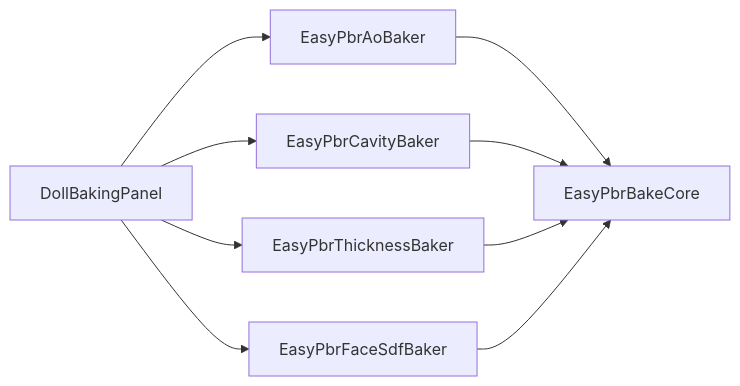
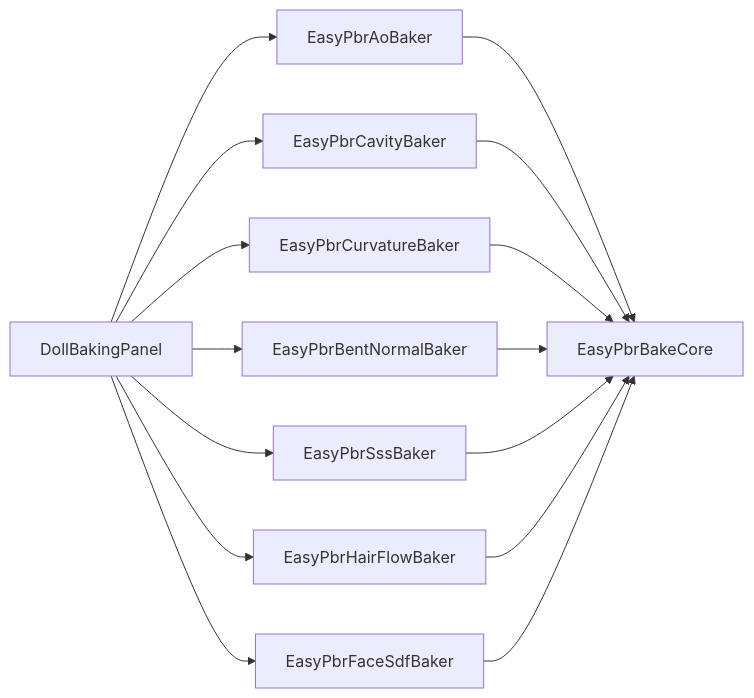
One commit to orig-uma/EasyPBR-URP changed the diagram in Documentation~/ARCHITECTURE.md. Above: the diagram before and after it, drawn with Mermaid. The commit also changed other lines of this file and 13 other files, not shown here.

````diff
--- a/Documentation~/ARCHITECTURE.md
+++ b/Documentation~/ARCHITECTURE.md
@@ -98,11 +127,14 @@
 ```mermaid
 flowchart LR
     Panel[DollBakingPanel]
     Core[EasyPbrBakeCore]
     Ao[EasyPbrAoBaker]
     Cav[EasyPbrCavityBaker]
-    Thick[EasyPbrThicknessBaker]
+    Curv[EasyPbrCurvatureBaker]
+    Bent[EasyPbrBentNormalBaker]
+    Sss[EasyPbrSssBaker]
+    Hair[EasyPbrHairFlowBaker]
     Sdf[EasyPbrFaceSdfBaker]
-    Panel --> Ao & Cav & Thick & Sdf
-    Ao & Cav & Thick & Sdf --> Core
+    Panel --> Ao & Cav & Curv & Bent & Sss & Hair & Sdf
+    Ao & Cav & Curv & Bent & Sss & Hair & Sdf --> Core
 ```
````
